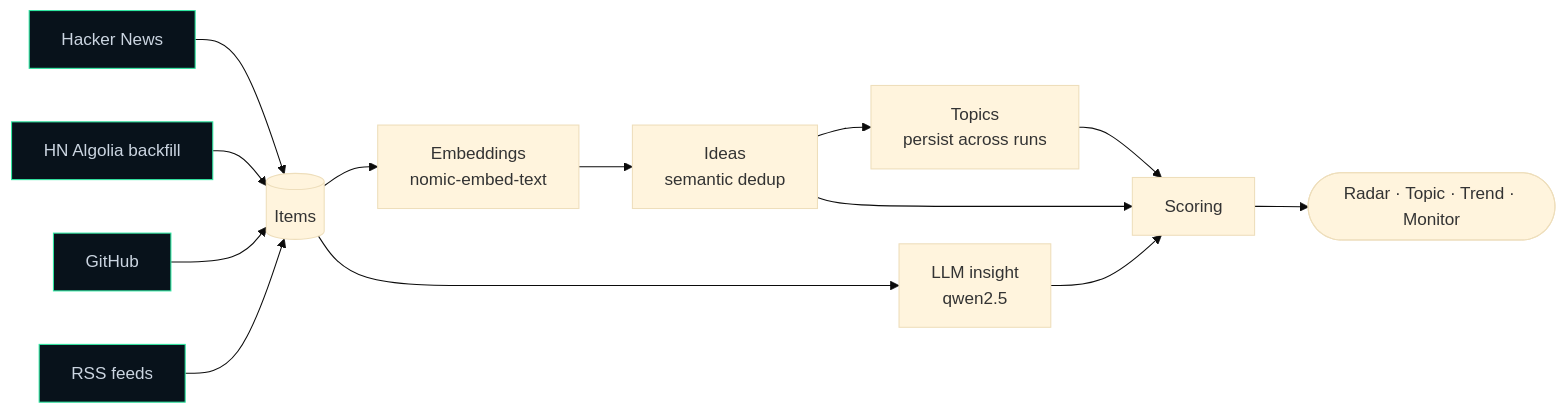
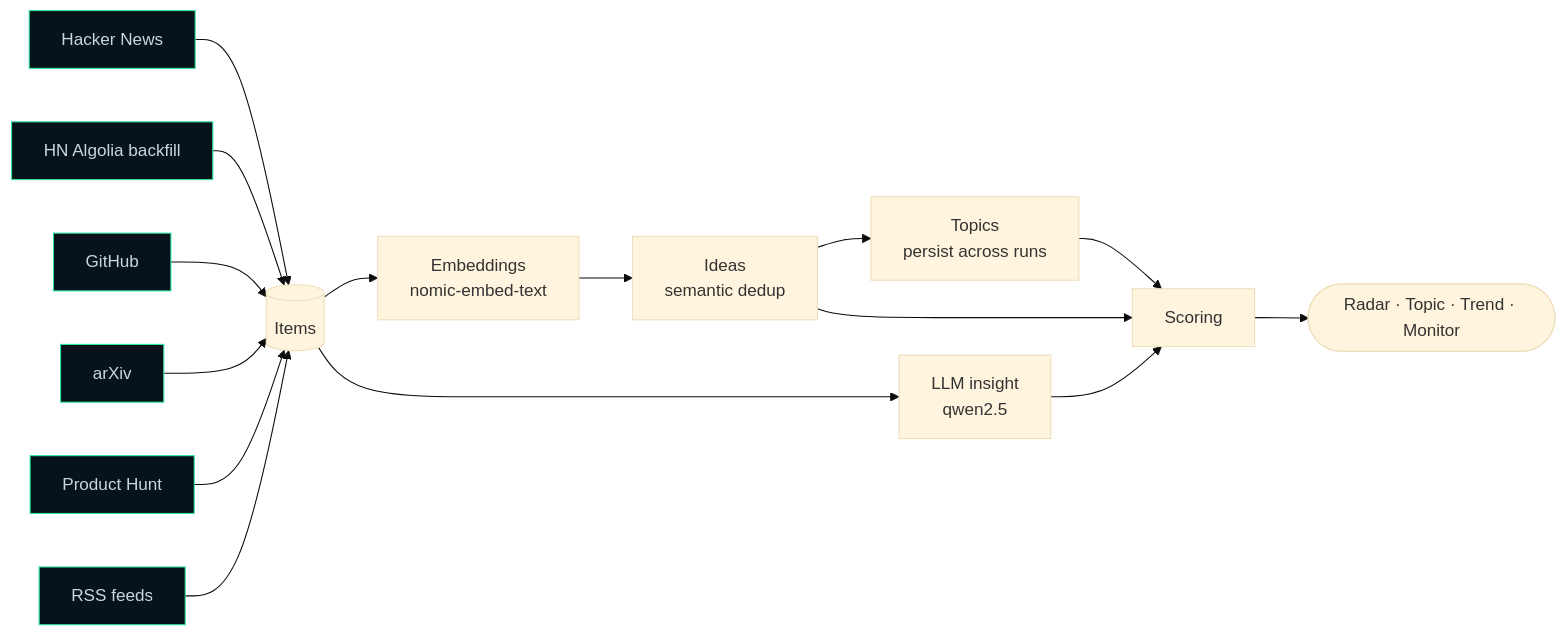
One commit to DanieleGiovanardi2408/idea-radar changed the diagram in README.md. Above: the diagram before and after it, drawn with Mermaid (base theme). The commit also changed other lines of this file and 2 other files, not shown here.

````diff
--- a/README.md
+++ b/README.md
@@ -31,16 +31,18 @@
 ```mermaid
 flowchart LR
     HN[Hacker News]:::src --> Items[(Items)]
     HNA[HN Algolia backfill]:::src --> Items
     GH[GitHub]:::src --> Items
+    ARX[arXiv]:::src --> Items
+    PH[Product Hunt]:::src --> Items
     RSS[RSS feeds]:::src --> Items
     Items --> Emb[Embeddings<br/>nomic-embed-text]
     Emb --> Ideas[Ideas<br/>semantic dedup]
     Ideas --> Topics[Topics<br/>persist across runs]
     Items --> LLM[LLM insight<br/>qwen2.5]
     Ideas --> Score[Scoring]
     LLM --> Score
     Topics --> Score
     Score --> UI([Radar · Topic · Trend · Monitor])
     classDef src fill:#08121b,stroke:#2ee8a2,color:#cbd5e1;
 ```
````
